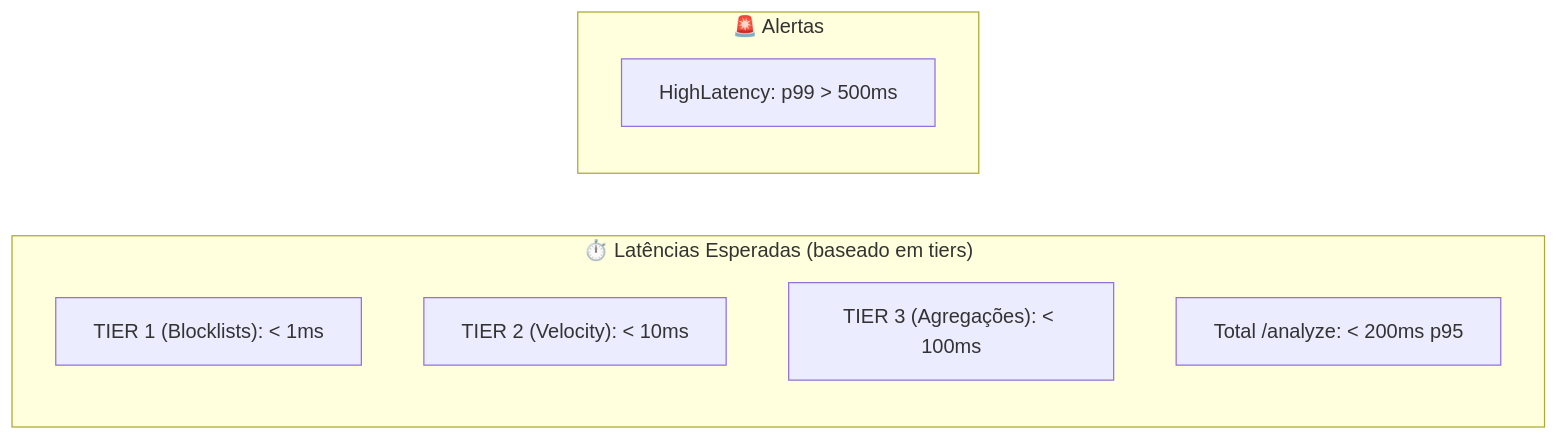
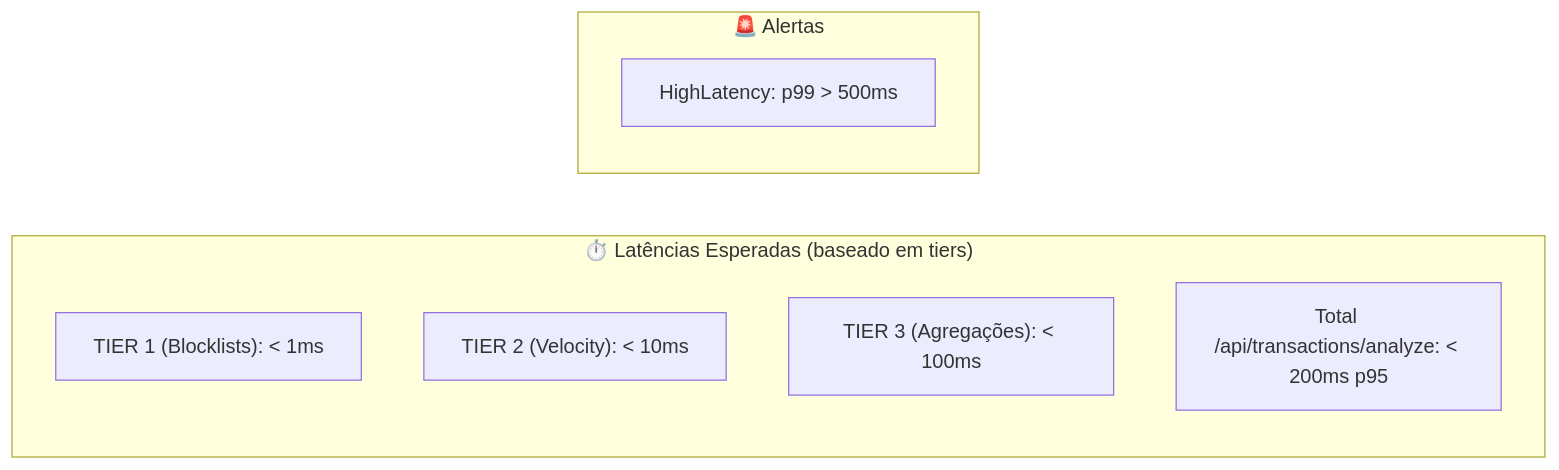
Before and after one commit to FELIPEACASTRO/RULEX: diagram 43 of 44 in docs/DIAGRAMAS.md, drawn with Mermaid. The commit also changed other lines of this file and 7 other files, not shown here.

Commit message:
docs(diagramas): normalize /api endpoints and de-hallucinate flows

````diff
--- a/docs/DIAGRAMAS.md
+++ b/docs/DIAGRAMAS.md
@@ -5034,13 +5101,13 @@
 ```mermaid
 flowchart LR
     subgraph Latências["⏱️ Latências Esperadas (baseado em tiers)"]
         L1["TIER 1 (Blocklists): < 1ms"]
         L2["TIER 2 (Velocity): < 10ms"]
         L3["TIER 3 (Agregações): < 100ms"]
-        L4["Total /analyze: < 200ms p95"]
+        L4["Total /api/transactions/analyze: < 200ms p95"]
     end
     
     subgraph Alertas["🚨 Alertas"]
         A1["HighLatency: p99 > 500ms"]
     end
 ```
````
